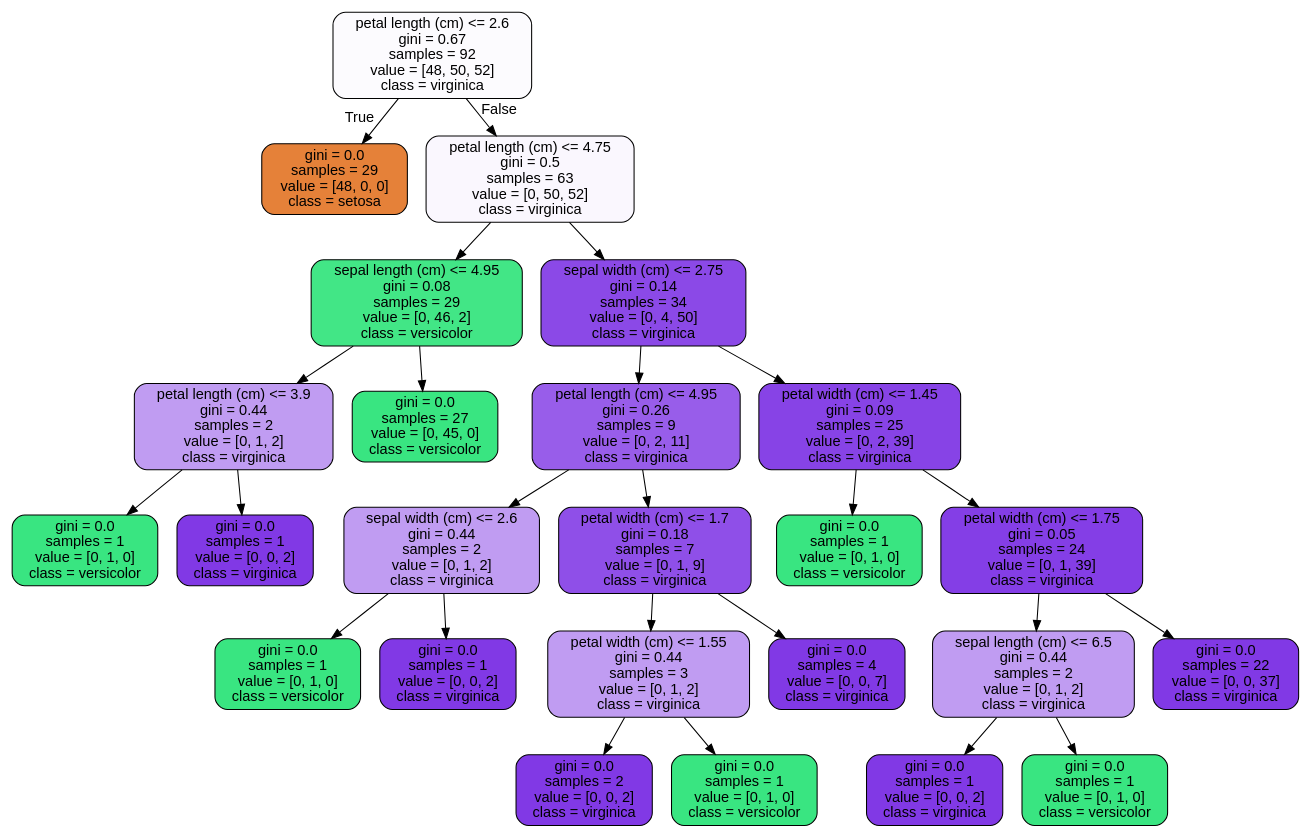
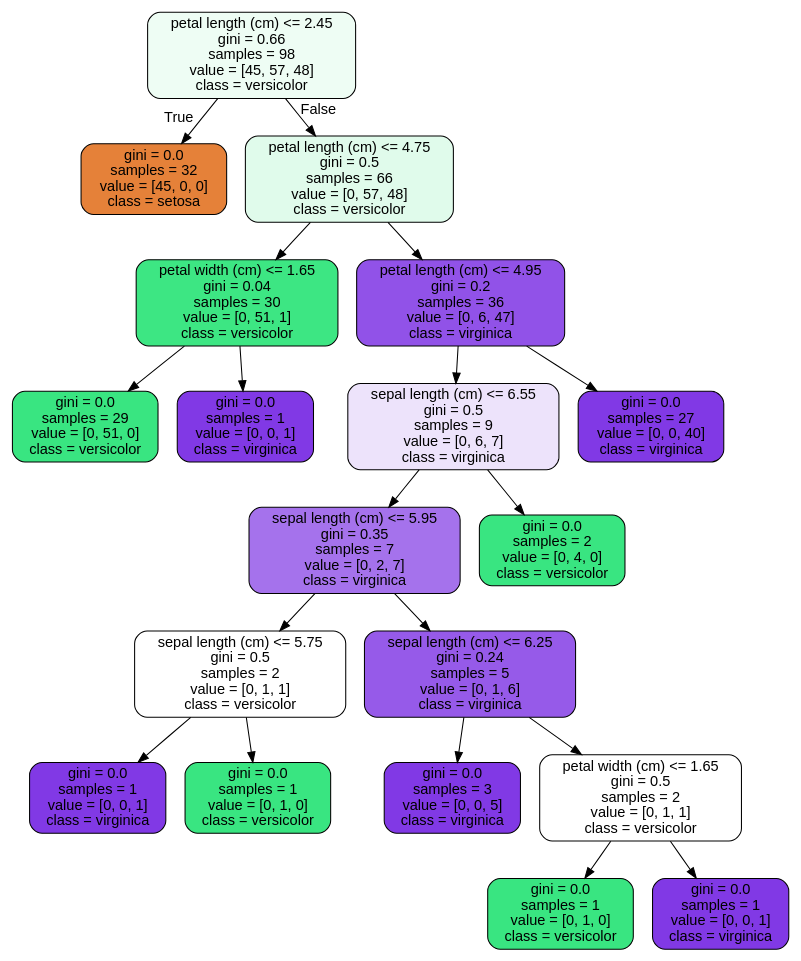
The diagram in tree.dot (gabbycjames/RandomForest), drawn with Graphviz before and after one commit. The commit also changed 4 other files, not shown here.

```diff
--- a/tree.dot
+++ b/tree.dot
@@ -1,53 +1,41 @@
 digraph Tree {
 node [shape=box, style="filled, rounded", color="black", fontname="helvetica"] ;
 edge [fontname="helvetica"] ;
-0 [label="petal length (cm) <= 2.6\ngini = 0.67\nsamples = 92\nvalue = [48, 50, 52]\nclass = virginica", fillcolor="#fcfbfe"] ;
-1 [label="gini = 0.0\nsamples = 29\nvalue = [48, 0, 0]\nclass = setosa", fillcolor="#e58139"] ;
+0 [label="petal length (cm) <= 2.45\ngini = 0.66\nsamples = 98\nvalue = [45, 57, 48]\nclass = versicolor", fillcolor="#eefdf4"] ;
+1 [label="gini = 0.0\nsamples = 32\nvalue = [45, 0, 0]\nclass = setosa", fillcolor="#e58139"] ;
 0 -> 1 [labeldistance=2.5, labelangle=45, headlabel="True"] ;
-2 [label="petal length (cm) <= 4.75\ngini = 0.5\nsamples = 63\nvalue = [0, 50, 52]\nclass = virginica", fillcolor="#faf7fe"] ;
+2 [label="petal length (cm) <= 4.75\ngini = 0.5\nsamples = 66\nvalue = [0, 57, 48]\nclass = versicolor", fillcolor="#e0fbeb"] ;
 0 -> 2 [labeldistance=2.5, labelangle=-45, headlabel="False"] ;
-3 [label="sepal length (cm) <= 4.95\ngini = 0.08\nsamples = 29\nvalue = [0, 46, 2]\nclass = versicolor", fillcolor="#42e686"] ;
+3 [label="petal width (cm) <= 1.65\ngini = 0.04\nsamples = 30\nvalue = [0, 51, 1]\nclass = versicolor", fillcolor="#3de683"] ;
 2 -> 3 ;
-4 [label="petal length (cm) <= 3.9\ngini = 0.44\nsamples = 2\nvalue = [0, 1, 2]\nclass = virginica", fillcolor="#c09cf2"] ;
+4 [label="gini = 0.0\nsamples = 29\nvalue = [0, 51, 0]\nclass = versicolor", fillcolor="#39e581"] ;
 3 -> 4 ;
-5 [label="gini = 0.0\nsamples = 1\nvalue = [0, 1, 0]\nclass = versicolor", fillcolor="#39e581"] ;
-4 -> 5 ;
-6 [label="gini = 0.0\nsamples = 1\nvalue = [0, 0, 2]\nclass = virginica", fillcolor="#8139e5"] ;
-4 -> 6 ;
-7 [label="gini = 0.0\nsamples = 27\nvalue = [0, 45, 0]\nclass = versicolor", fillcolor="#39e581"] ;
-3 -> 7 ;
-8 [label="sepal width (cm) <= 2.75\ngini = 0.14\nsamples = 34\nvalue = [0, 4, 50]\nclass = virginica", fillcolor="#8b49e7"] ;
-2 -> 8 ;
-9 [label="petal length (cm) <= 4.95\ngini = 0.26\nsamples = 9\nvalue = [0, 2, 11]\nclass = virginica", fillcolor="#985dea"] ;
+5 [label="gini = 0.0\nsamples = 1\nvalue = [0, 0, 1]\nclass = virginica", fillcolor="#8139e5"] ;
+3 -> 5 ;
+6 [label="petal length (cm) <= 4.95\ngini = 0.2\nsamples = 36\nvalue = [0, 6, 47]\nclass = virginica", fillcolor="#9152e8"] ;
+2 -> 6 ;
+7 [label="sepal length (cm) <= 6.55\ngini = 0.5\nsamples = 9\nvalue = [0, 6, 7]\nclass = virginica", fillcolor="#ede3fb"] ;
+6 -> 7 ;
+8 [label="sepal length (cm) <= 5.95\ngini = 0.35\nsamples = 7\nvalue = [0, 2, 7]\nclass = virginica", fillcolor="#a572ec"] ;
+7 -> 8 ;
+9 [label="sepal length (cm) <= 5.75\ngini = 0.5\nsamples = 2\nvalue = [0, 1, 1]\nclass = versicolor", fillcolor="#ffffff"] ;
 8 -> 9 ;
-10 [label="sepal width (cm) <= 2.6\ngini = 0.44\nsamples = 2\nvalue = [0, 1, 2]\nclass = virginica", fillcolor="#c09cf2"] ;
+10 [label="gini = 0.0\nsamples = 1\nvalue = [0, 0, 1]\nclass = virginica", fillcolor="#8139e5"] ;
 9 -> 10 ;
 11 [label="gini = 0.0\nsamples = 1\nvalue = [0, 1, 0]\nclass = versicolor", fillcolor="#39e581"] ;
-10 -> 11 ;
-12 [label="gini = 0.0\nsamples = 1\nvalue = [0, 0, 2]\nclass = virginica", fillcolor="#8139e5"] ;
-10 -> 12 ;
-13 [label="petal width (cm) <= 1.7\ngini = 0.18\nsamples = 7\nvalue = [0, 1, 9]\nclass = virginica", fillcolor="#8f4fe8"] ;
-9 -> 13 ;
-14 [label="petal width (cm) <= 1.55\ngini = 0.44\nsamples = 3\nvalue = [0, 1, 2]\nclass = virginica", fillcolor="#c09cf2"] ;
-13 -> 14 ;
-15 [label="gini = 0.0\nsamples = 2\nvalue = [0, 0, 2]\nclass = virginica", fillcolor="#8139e5"] ;
+9 -> 11 ;
+12 [label="sepal length (cm) <= 6.25\ngini = 0.24\nsamples = 5\nvalue = [0, 1, 6]\nclass = virginica", fillcolor="#965ae9"] ;
+8 -> 12 ;
+13 [label="gini = 0.0\nsamples = 3\nvalue = [0, 0, 5]\nclass = virginica", fillcolor="#8139e5"] ;
+12 -> 13 ;
+14 [label="petal width (cm) <= 1.65\ngini = 0.5\nsamples = 2\nvalue = [0, 1, 1]\nclass = versicolor", fillcolor="#ffffff"] ;
+12 -> 14 ;
+15 [label="gini = 0.0\nsamples = 1\nvalue = [0, 1, 0]\nclass = versicolor", fillcolor="#39e581"] ;
 14 -> 15 ;
-16 [label="gini = 0.0\nsamples = 1\nvalue = [0, 1, 0]\nclass = versicolor", fillcolor="#39e581"] ;
+16 [label="gini = 0.0\nsamples = 1\nvalue = [0, 0, 1]\nclass = virginica", fillcolor="#8139e5"] ;
 14 -> 16 ;
-17 [label="gini = 0.0\nsamples = 4\nvalue = [0, 0, 7]\nclass = virginica", fillcolor="#8139e5"] ;
-13 -> 17 ;
-18 [label="petal width (cm) <= 1.45\ngini = 0.09\nsamples = 25\nvalue = [0, 2, 39]\nclass = virginica", fillcolor="#8743e6"] ;
-8 -> 18 ;
-19 [label="gini = 0.0\nsamples = 1\nvalue = [0, 1, 0]\nclass = versicolor", fillcolor="#39e581"] ;
-18 -> 19 ;
-20 [label="petal width (cm) <= 1.75\ngini = 0.05\nsamples = 24\nvalue = [0, 1, 39]\nclass = virginica", fillcolor="#843ee6"] ;
-18 -> 20 ;
-21 [label="sepal length (cm) <= 6.5\ngini = 0.44\nsamples = 2\nvalue = [0, 1, 2]\nclass = virginica", fillcolor="#c09cf2"] ;
-20 -> 21 ;
-22 [label="gini = 0.0\nsamples = 1\nvalue = [0, 0, 2]\nclass = virginica", fillcolor="#8139e5"] ;
-21 -> 22 ;
-23 [label="gini = 0.0\nsamples = 1\nvalue = [0, 1, 0]\nclass = versicolor", fillcolor="#39e581"] ;
-21 -> 23 ;
-24 [label="gini = 0.0\nsamples = 22\nvalue = [0, 0, 37]\nclass = virginica", fillcolor="#8139e5"] ;
-20 -> 24 ;
+17 [label="gini = 0.0\nsamples = 2\nvalue = [0, 4, 0]\nclass = versicolor", fillcolor="#39e581"] ;
+7 -> 17 ;
+18 [label="gini = 0.0\nsamples = 27\nvalue = [0, 0, 40]\nclass = virginica", fillcolor="#8139e5"] ;
+6 -> 18 ;
 }
```
